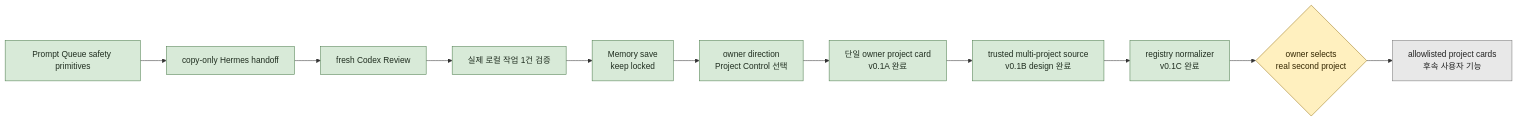
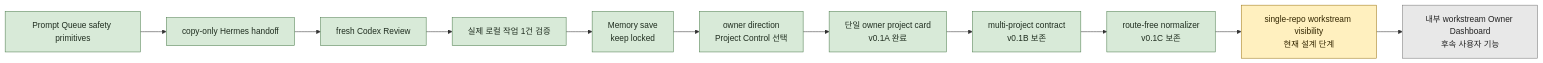
One commit to 1412moo/jarvis-core changed the second of 2 diagrams in docs/master-plan.md. Above: the diagram before and after it, drawn with Mermaid. The commit also changed other lines of this file and 3 other files, not shown here.

Commit message:
docs: keep project control single repo

````diff
--- a/docs/master-plan.md
+++ b/docs/master-plan.md
@@ -151,20 +154,20 @@
 ```mermaid
 flowchart LR
     A["Prompt Queue safety primitives"] --> B["copy-only Hermes handoff"]
     B --> C["fresh Codex Review"]
     C --> D["실제 로컬 작업 1건 검증"]
     D --> E["Memory save<br/>keep locked"]
     E --> F["owner direction<br/>Project Control 선택"]
     F --> G["단일 owner project card<br/>v0.1A 완료"]
-    G --> H["trusted multi-project source<br/>v0.1B design 완료"]
-    H --> I["registry normalizer<br/>v0.1C 완료"]
-    I --> J{"owner selects<br/>real second project"}
-    J --> K["allowlisted project cards<br/>후속 사용자 기능"]
+    G --> H["multi-project contract<br/>v0.1B 보존"]
+    H --> I["route-free normalizer<br/>v0.1C 보존"]
+    I --> J["single-repo workstream visibility<br/>현재 설계 단계"]
+    J --> K["내부 workstream Owner Dashboard<br/>후속 사용자 기능"]
 
     classDef done fill:#d8ead8,stroke:#4d7d4d,color:#1f2d1f;
     classDef current fill:#fff0bf,stroke:#9b7412,color:#332600;
     classDef future fill:#e8e8e8,stroke:#777,color:#222;
     class A,B,C,D,E,F,G,H,I done;
     class J current;
     class K future;
 ```
````
